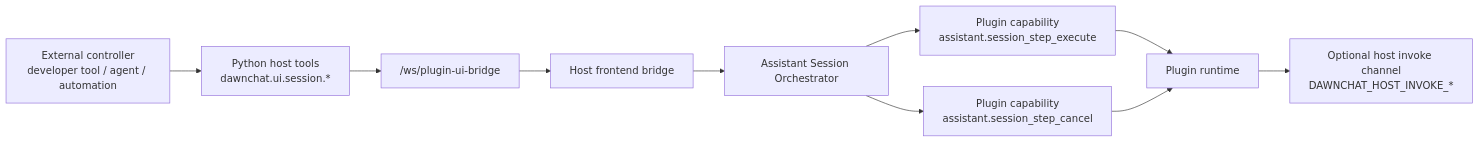
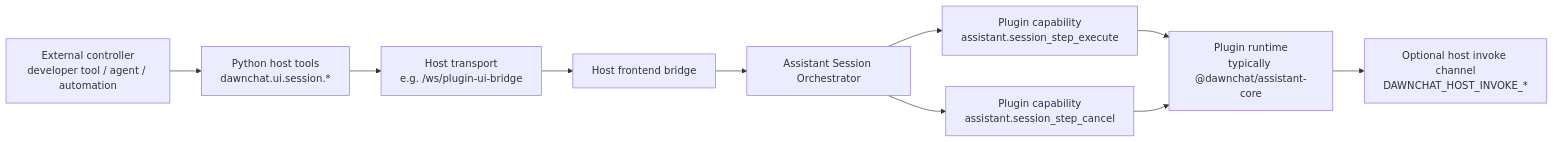
One commit to DawnChat/DawnChat changed the diagram in docs/public/architecture/assistant/host-plugin-session-protocol.md. Above: the diagram before and after it, drawn with Mermaid. The commit also changed other lines of this file and 7 other files, not shown here.

````diff
--- a/docs/public/architecture/assistant/host-plugin-session-protocol.md
+++ b/docs/public/architecture/assistant/host-plugin-session-protocol.md
@@ -49,12 +60,12 @@
 ```mermaid
 flowchart LR
   A["External controller<br/>developer tool / agent / automation"] --> B["Python host tools<br/>dawnchat.ui.session.*"]
-  B --> C["/ws/plugin-ui-bridge"]
+  B --> C["Host transport<br/>e.g. /ws/plugin-ui-bridge"]
   C --> D["Host frontend bridge"]
   D --> E["Assistant Session Orchestrator"]
   E --> F["Plugin capability<br/>assistant.session_step_execute"]
   E --> G["Plugin capability<br/>assistant.session_step_cancel"]
-  F --> H["Plugin runtime"]
+  F --> H["Plugin runtime<br/>typically @dawnchat/assistant-core"]
   G --> H
   H --> I["Optional host invoke channel<br/>DAWNCHAT_HOST_INVOKE_*"]
 ```
````
